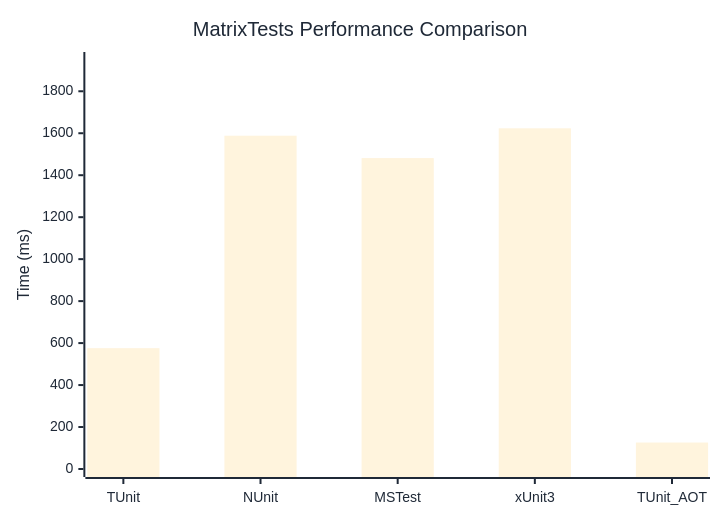
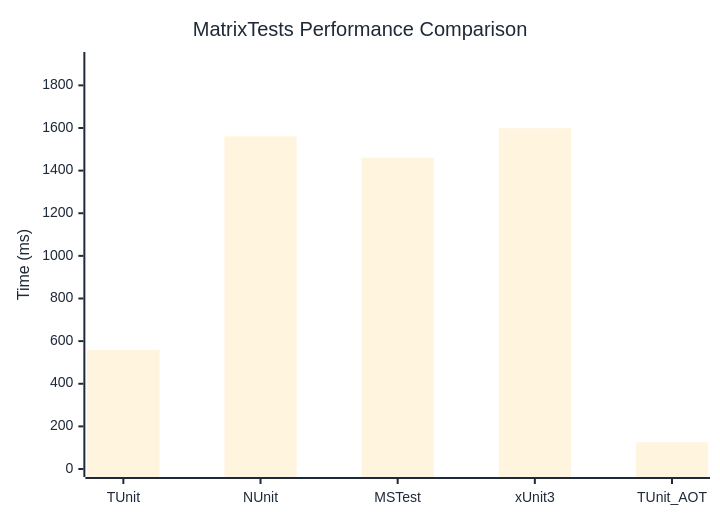
The diagram in docs/docs/benchmarks/MatrixTests.md (thomhurst/TUnit), drawn with Mermaid before and after one commit. The commit also changed other lines of this file and 17 other files, not shown here.

````diff
--- a/docs/docs/benchmarks/MatrixTests.md
+++ b/docs/docs/benchmarks/MatrixTests.md
@@ -27,37 +27,37 @@
 ```mermaid
 %%{init: {
   'theme':'base',
   'themeVariables': {
     'primaryColor': '#2563eb',
     'primaryTextColor': '#1f2937',
     'primaryBorderColor': '#1e40af',
     'lineColor': '#6b7280',
     'secondaryColor': '#7c3aed',
     'tertiaryColor': '#dc2626',
     'background': '#ffffff',
     'mainBkg': '#2563eb',
     'secondBkg': '#7c3aed',
     'tertiaryBkg': '#dc2626',
     'clusterBkg': '#f3f4f6',
     'edgeLabelBackground': '#ffffff',
     'tertiaryTextColor': '#1f2937',
     'pie1': '#2563eb',
     'pie2': '#7c3aed',
     'pie3': '#dc2626',
     'pie4': '#f59e0b',
     'pie5': '#10b981',
     'pie6': '#06b6d4',
     'pie7': '#ec4899',
     'pie8': '#6366f1',
     'pie9': '#84cc16',
     'pie10': '#f97316',
     'pie11': '#14b8a6',
     'pie12': '#a855f7'
   }
 }}%%
 xychart-beta
   title "MatrixTests Performance Comparison"
   x-axis ["TUnit", "NUnit", "MSTest", "xUnit3", "TUnit_AOT"]
-  y-axis "Time (ms)" 0 --> 1949
-  bar [575.9, 1588.2, 1481.6, 1623.5, 126.1]
+  y-axis "Time (ms)" 0 --> 1919
+  bar [558.3, 1561, 1460.9, 1598.8, 125.7]
 ```
````
